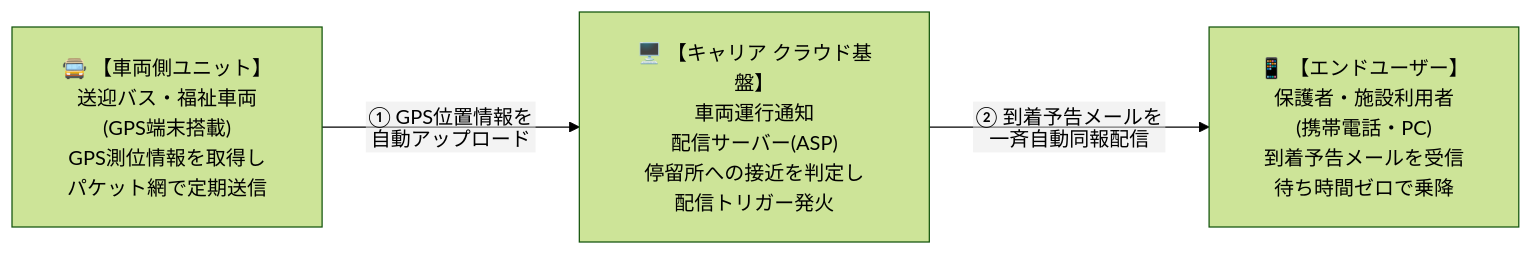
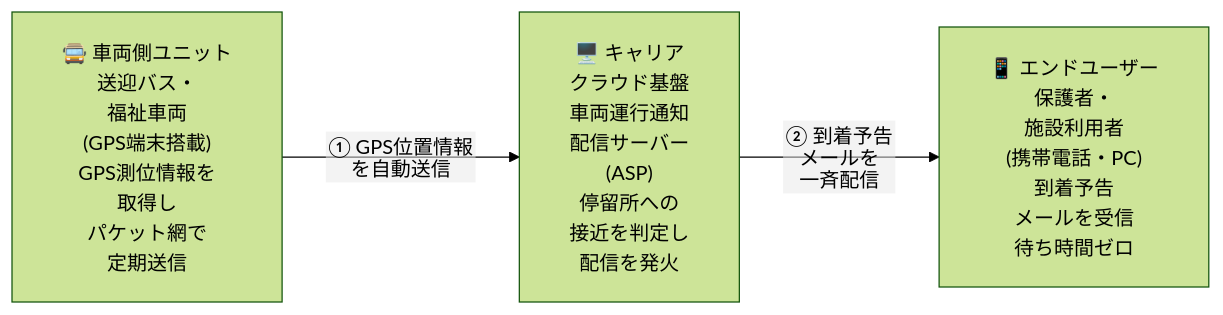
The first of 4 diagrams in README.md (imo96/service-planning-architecture-portfolio), drawn with Mermaid (forest theme) before and after one commit. The commit also changed other lines of this file, not shown here.

First line of the commit message:
Mermaid図: 1行の文字数をさらに減らし見切れを解消

````diff
--- a/README.md
+++ b/README.md
@@ -67,10 +67,10 @@
 ```mermaid
 %%{init: {"flowchart": {"htmlLabels": false, "padding": 20, "nodeSpacing": 40, "rankSpacing": 70}}}%%
 flowchart LR
-    V["🚍 【車両側ユニット】<br>送迎バス・福祉車両<br>(GPS端末搭載)<br>GPS測位情報を取得し<br>パケット網で定期送信"]
-    S["🖥️ 【キャリア クラウド基盤】<br>車両運行通知<br>配信サーバー(ASP)<br>停留所への接近を判定し<br>配信トリガー発火"]
-    U["📱 【エンドユーザー】<br>保護者・施設利用者<br>(携帯電話・PC)<br>到着予告メールを受信<br>待ち時間ゼロで乗降"]
+    V["🚍 車両側ユニット<br>送迎バス・<br>福祉車両<br>(GPS端末搭載)<br>GPS測位情報を<br>取得し<br>パケット網で<br>定期送信"]
+    S["🖥️ キャリア<br>クラウド基盤<br>車両運行通知<br>配信サーバー<br>(ASP)<br>停留所への<br>接近を判定し<br>配信を発火"]
+    U["📱 エンドユーザー<br>保護者・<br>施設利用者<br>(携帯電話・PC)<br>到着予告<br>メールを受信<br>待ち時間ゼロ"]
 
-    V -->|"① GPS位置情報を<br>自動アップロード"| S
-    S -->|"② 到着予告メールを<br>一斉自動同報配信"| U
+    V -->|"① GPS位置情報<br>を自動送信"| S
+    S -->|"② 到着予告<br>メールを<br>一斉配信"| U
 ```
````
